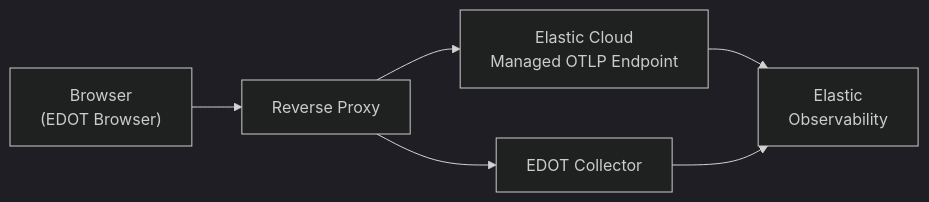
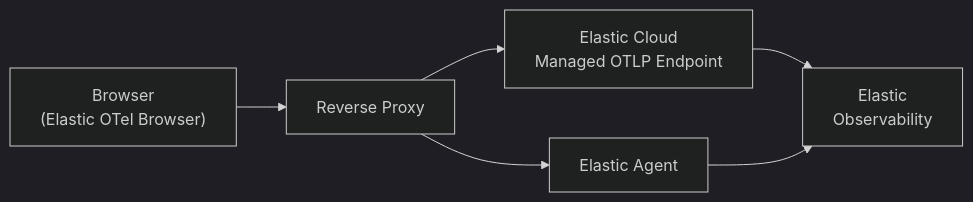
Before and after one commit to elastic/elastic-otel-rum-js: the diagram in docs/reference/edot-browser/setup.md, drawn with Mermaid (dark theme). The commit also changed other lines of this file and 12 other files, not shown here.

First line of the commit message:
docs: rename EDOT to Elastic OTel Browser for 9.5 rebrand

````diff
--- a/docs/reference/edot-browser/setup.md
+++ b/docs/reference/edot-browser/setup.md
@@ -40,13 +40,13 @@
 ```mermaid
 flowchart LR
-    A["Browser<br/>(EDOT Browser)"]
+    A["Browser<br/>(Elastic OTel Browser)"]
     B["Reverse Proxy"]
     C["Elastic Cloud<br/>Managed OTLP Endpoint"]
-    D["EDOT Collector"]
+    D["Elastic Agent"]
     E["Elastic<br/>Observability"]
     A --> B
     B --> C
     B --> D
     C --> E
     D --> E
 ```
````
